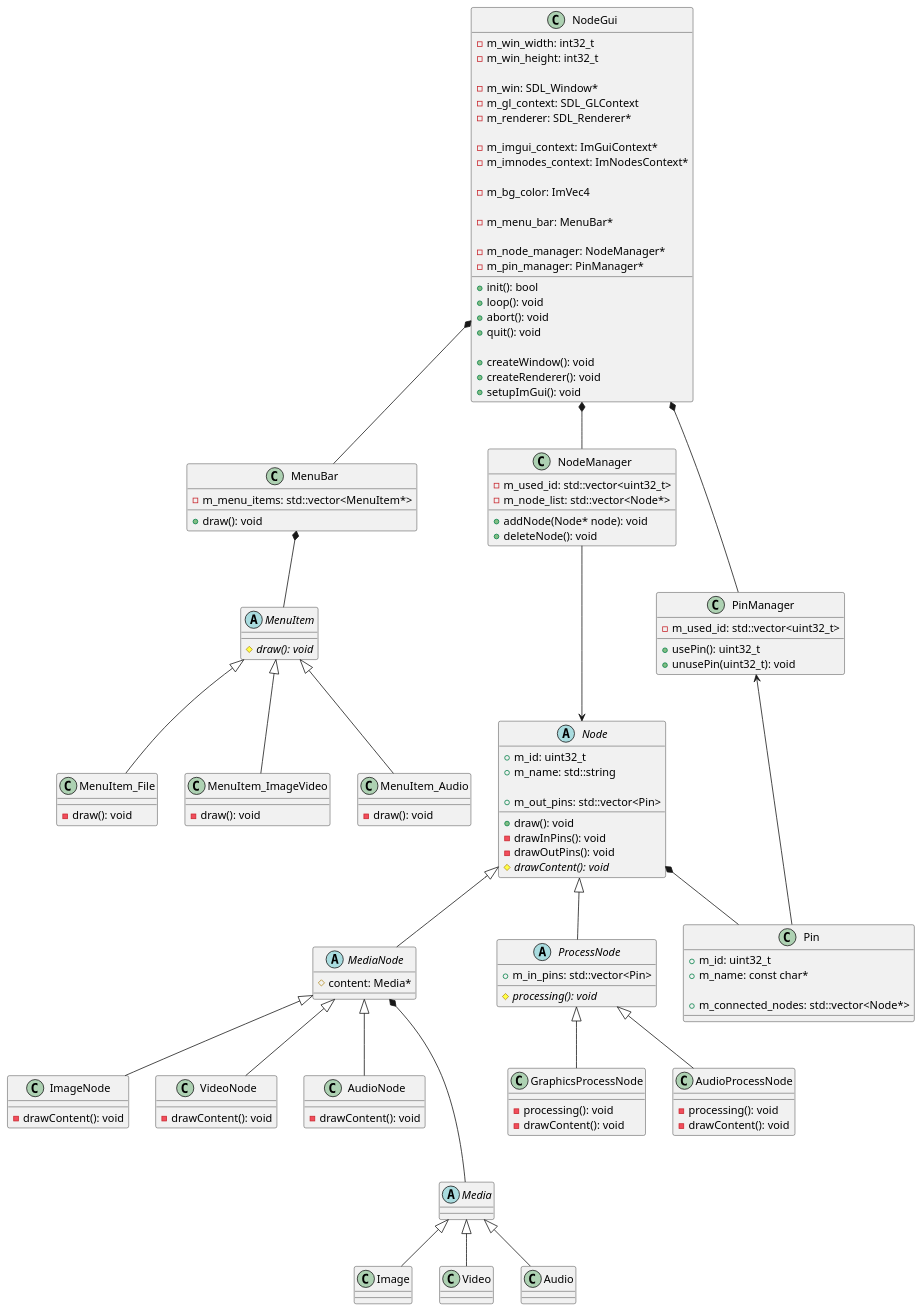
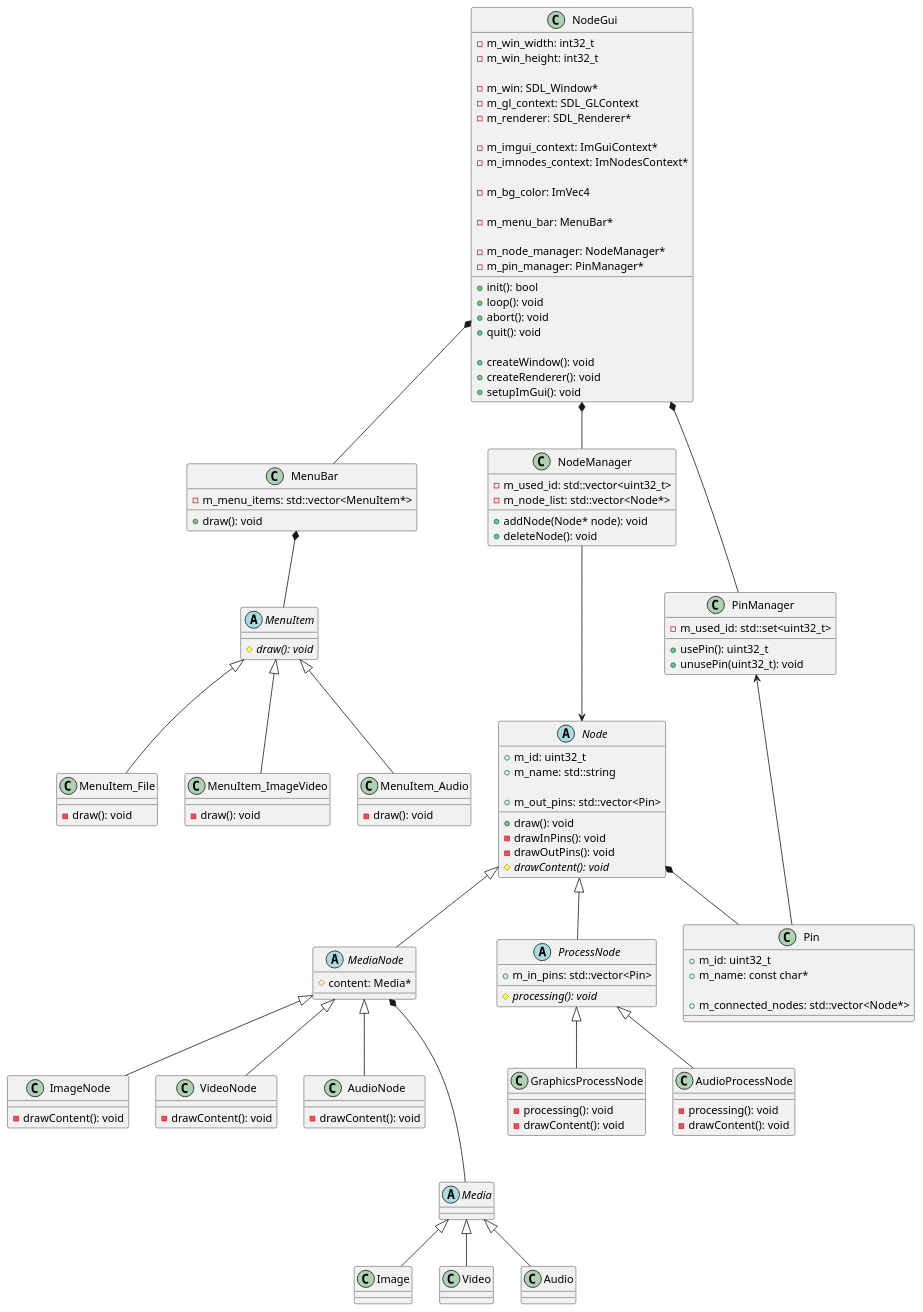
One commit to nkue-yst/NodeProcessV2 changed the diagram in uml/uml.pu. Above: the diagram before and after it, drawn with PlantUML. The commit also changed 9 other files, not shown here.

```diff
--- a/uml/uml.pu
+++ b/uml/uml.pu
@@ -1,161 +1,161 @@
 @startuml NodeProcessing
 
 class NodeGui {
     +init(): bool
     +loop(): void
     +abort(): void
     +quit(): void
 
     +createWindow(): void
     +createRenderer(): void
     +setupImGui(): void
 
     -m_win_width: int32_t
     -m_win_height: int32_t
 
     -m_win: SDL_Window*
     -m_gl_context: SDL_GLContext
     -m_renderer: SDL_Renderer*
 
     -m_imgui_context: ImGuiContext*
     -m_imnodes_context: ImNodesContext*
 
     -m_bg_color: ImVec4
 
     -m_menu_bar: MenuBar*
 
     -m_node_manager: NodeManager*
     -m_pin_manager: PinManager*
 }
 
 class MenuBar {
     +draw(): void
 
     -m_menu_items: std::vector<MenuItem*>
 }
 
 abstract class MenuItem {
     {abstract} #draw(): void
 }
 
 class MenuItem_File {
     -draw(): void
 }
 
 class MenuItem_ImageVideo {
     -draw(): void
 }
 
 class MenuItem_Audio {
     -draw(): void
 }
 
 class NodeManager {
     +addNode(Node* node): void
     +deleteNode(): void
 
     -m_used_id: std::vector<uint32_t>
     -m_node_list: std::vector<Node*>
 }
 
 abstract class Node {
     +draw(): void
     -drawInPins(): void
     -drawOutPins(): void
     {abstract} #drawContent(): void
 
     +m_id: uint32_t
     +m_name: std::string
 
     +m_out_pins: std::vector<Pin>
 }
 
 abstract class MediaNode {
     #content: Media*
 }
 
 abstract class ProcessNode {
     {abstract} #processing(): void
 
     +m_in_pins: std::vector<Pin>
 }
 
 class ImageNode {
     -drawContent(): void
 }
 
 class VideoNode {
     -drawContent(): void
 }
 
 class AudioNode {
     -drawContent(): void
 }
 
 class GraphicsProcessNode {
     -processing(): void
     -drawContent(): void
 }
 
 class AudioProcessNode {
     -processing(): void
     -drawContent(): void
 }
 
 class PinManager {
     +usePin(): uint32_t
     +unusePin(uint32_t): void
 
-    -m_used_id: std::vector<uint32_t>
+    -m_used_id: std::set<uint32_t>
 }
 
 class Pin {
     +m_id: uint32_t
     +m_name: const char*
 
     +m_connected_nodes: std::vector<Node*>
 }
 
 abstract class Media {
 
 }
 
 class Image {
 
 }
 
 class Video {
 
 }
 
 class Audio {
 
 }
 
 NodeGui *-- NodeManager
 NodeGui *-- PinManager
 NodeGui *-- MenuBar
 
 MenuBar *-- MenuItem
 MenuItem <|-- MenuItem_File
 MenuItem <|-- MenuItem_ImageVideo
 MenuItem <|-- MenuItem_Audio
 
 Node <|-- MediaNode
 Node <|-- ProcessNode
 Node *-- Pin
 MediaNode <|-- ImageNode
 MediaNode <|-- VideoNode
 MediaNode <|-- AudioNode
 ProcessNode <|-- GraphicsProcessNode
 ProcessNode <|-- AudioProcessNode
 
 MediaNode *--- Media
 Media <|-- Image
 Media <|-- Video
 Media <|-- Audio
 
 NodeManager ---> Node
 PinManager <-- Pin
 
 @enduml
```
